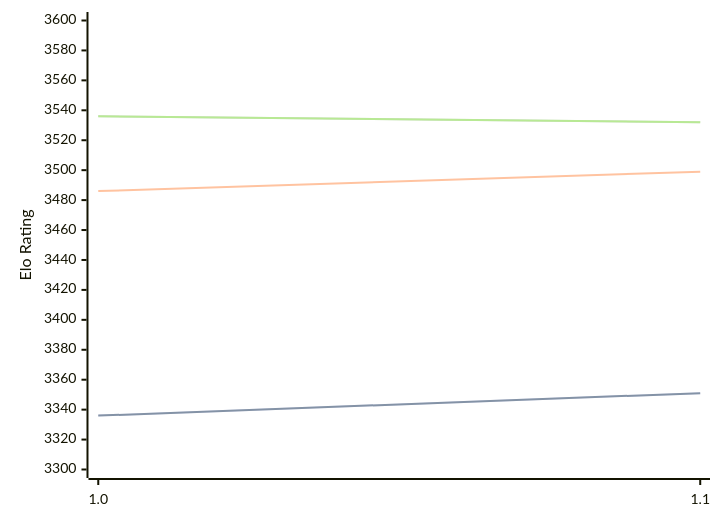
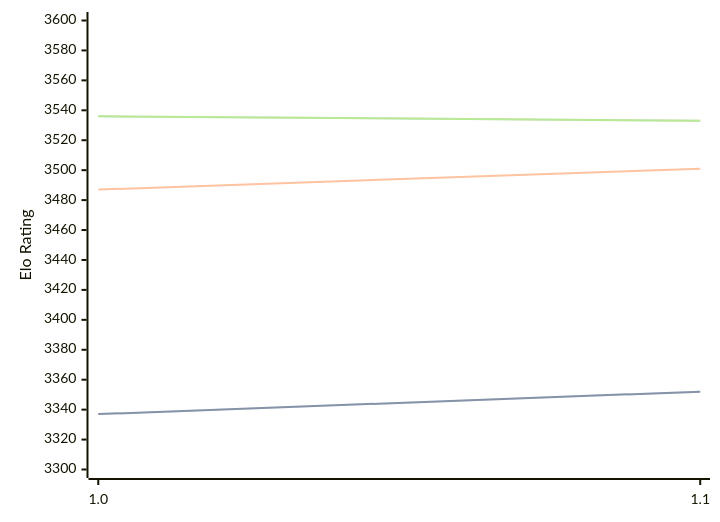
One commit to computer-chess-index/cci changed the diagram in engines/Horsie.md. Above: the diagram before and after it, drawn with Mermaid. The commit also changed other lines of this file, not shown here.

Commit message:
Update CCI Ratings (ELO VLTC) - 2026-08-29

````diff
--- a/engines/Horsie.md
+++ b/engines/Horsie.md
@@ -32,11 +32,11 @@
 ```mermaid
 %%{init: {"theme":"base","themeVariables":{"seriesColors:['#a3a3a3','#222221','#faa371']}}}%%
 xychart-beta
   x-axis ["1.0", "1.1"]
   y-axis "Elo Rating" 3300 --> 3600
-  line "" [3336, 3351]
-  line "STC (8.0+0.08s)" [3336, 3351]
-  line "LTC (60.0+0.60s)" [3486, 3499]
-  line "" [3536, 3532]
-  line "VLTC (2m24s+1.12s)" [3536, 3532]
+  line "" [3337, 3352]
+  line "STC (8.0+0.08s)" [3337, 3352]
+  line "LTC (60.0+0.60s)" [3487, 3501]
+  line "" [3536, 3533]
+  line "VLTC (2m24s+1.12s)" [3536, 3533]
 ```
````
